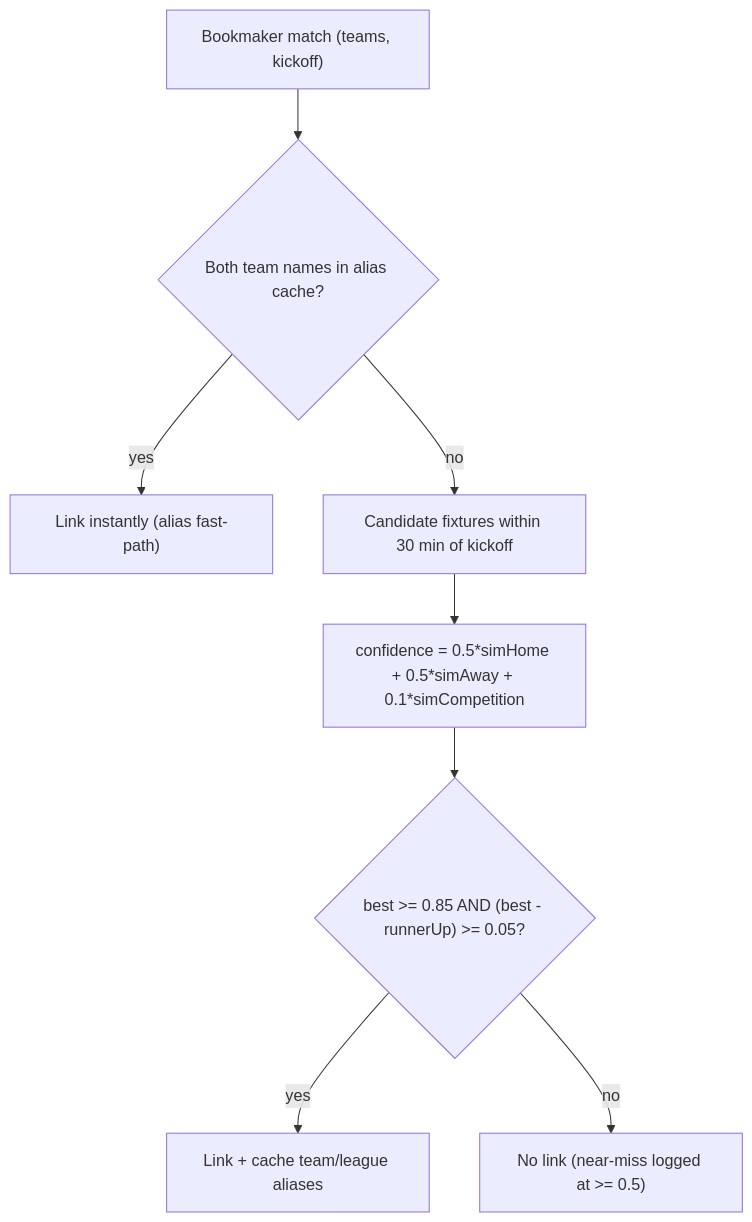
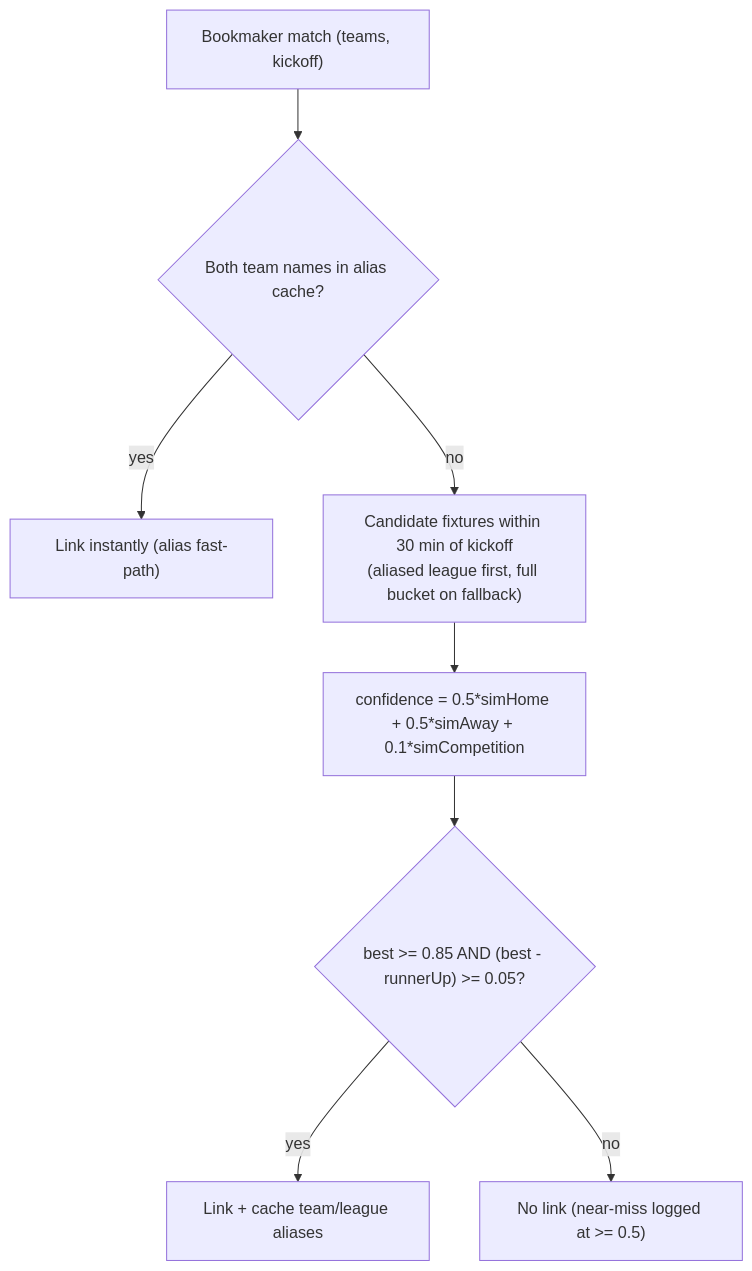
Before and after one commit to xthukuh/oddspro: the diagram in docs/engine/03-LINKING.md, drawn with Mermaid. The commit also changed other lines of this file and 5 other files, not shown here.

First line of the commit message:
perf(link): batched, league-scoped candidate pool (audit F7)

````diff
--- a/docs/engine/03-LINKING.md
+++ b/docs/engine/03-LINKING.md
@@ -57,10 +58,10 @@
 ```mermaid
 flowchart TD
     M["Bookmaker match (teams, kickoff)"] --> A{Both team names in alias cache?}
     A -- yes --> L1["Link instantly (alias fast-path)"]
-    A -- no --> W["Candidate fixtures within 30 min of kickoff"]
+    A -- no --> W["Candidate fixtures within 30 min of kickoff<br/>(aliased league first, full bucket on fallback)"]
     W --> S["confidence = 0.5*simHome + 0.5*simAway + 0.1*simCompetition"]
     S --> D{"best >= 0.85 AND (best - runnerUp) >= 0.05?"}
     D -- yes --> L2["Link + cache team/league aliases"]
     D -- no --> N["No link (near-miss logged at >= 0.5)"]
 ```
````
